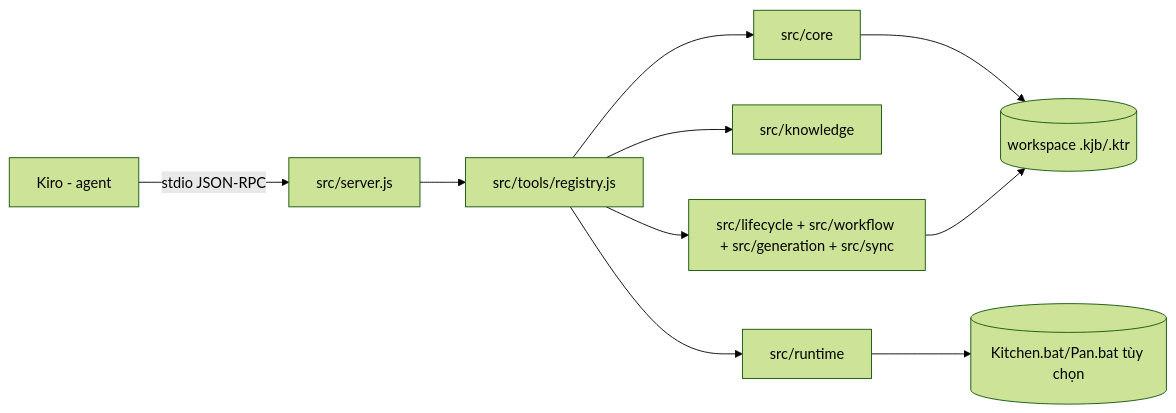
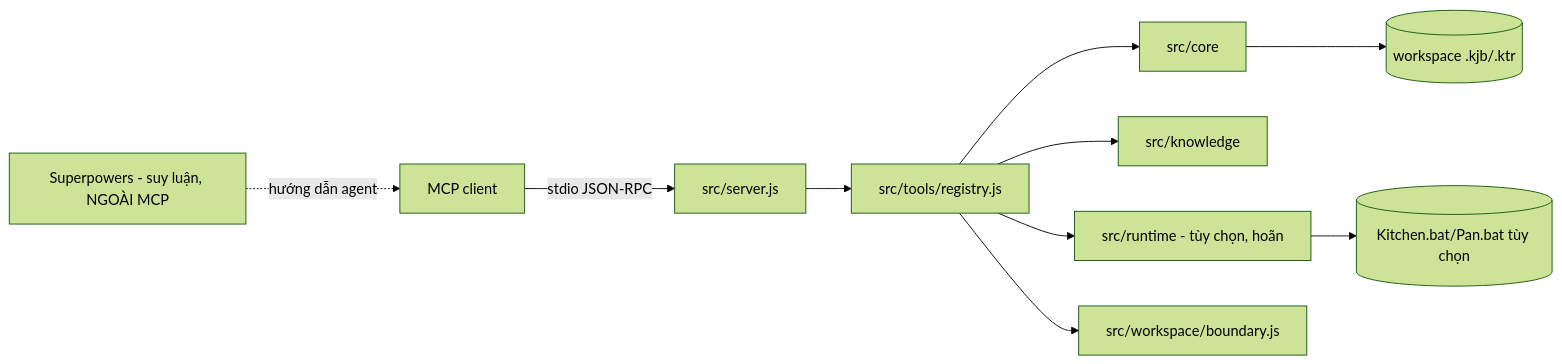
Before and after one commit to TumRoyall/pentaho-mcp-server: the first of 3 diagrams in docs/architecture.md, drawn with Mermaid (forest theme). The commit also changed other lines of this file and 11 other files, not shown here.

Commit message:
docs: adopt Superpowers-driven Pentaho workflow

````diff
--- a/docs/architecture.md
+++ b/docs/architecture.md
@@ -9,12 +11,12 @@
 ```mermaid
 flowchart LR
-    Kiro[Kiro - agent] -->|stdio JSON-RPC| S[src/server.js]
+    SP[Superpowers - suy luận, NGOÀI MCP] -. hướng dẫn agent .-> Client
+    Client[MCP client] -->|stdio JSON-RPC| S[src/server.js]
     S --> R[src/tools/registry.js]
     R --> C[src/core]
     R --> K[src/knowledge]
-    R --> L[src/lifecycle + src/workflow + src/generation + src/sync]
-    R --> RT[src/runtime]
+    R --> RT[src/runtime - tùy chọn, hoãn]
+    R --> B[src/workspace/boundary.js]
     C --> W[(workspace .kjb/.ktr)]
-    L --> W
     RT --> PDI[(Kitchen.bat/Pan.bat tùy chọn)]
 ```
````
